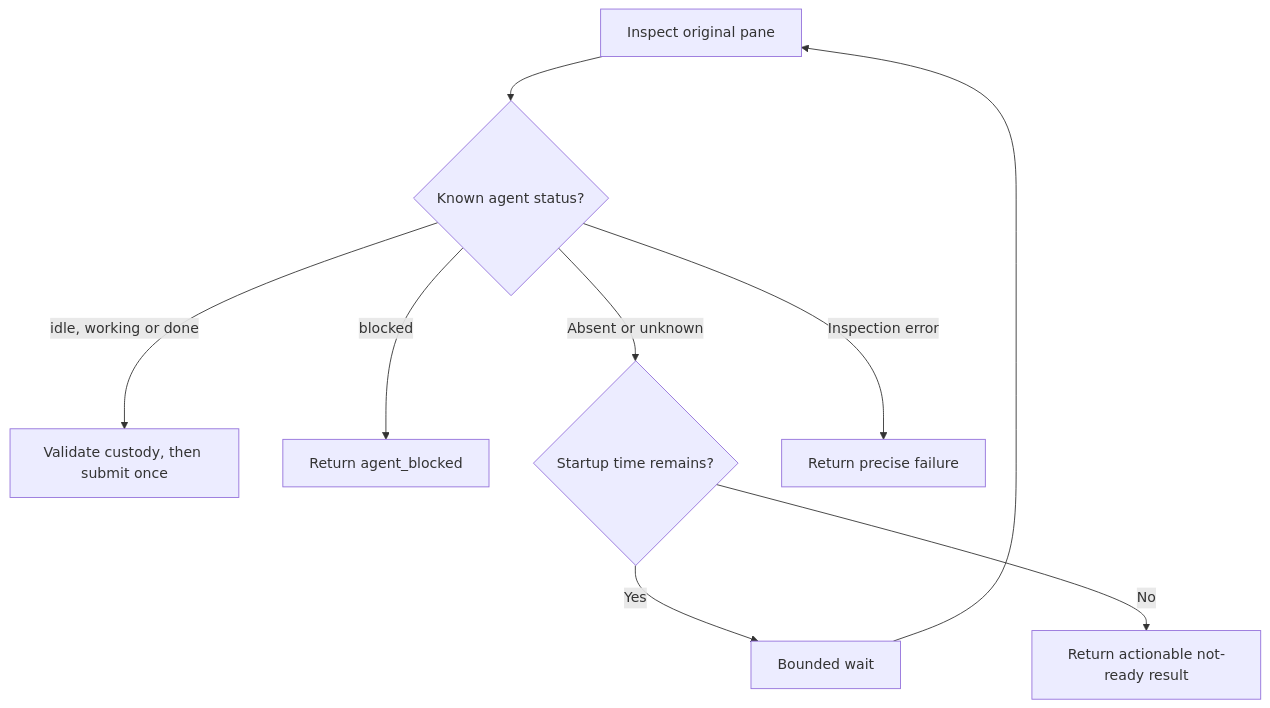
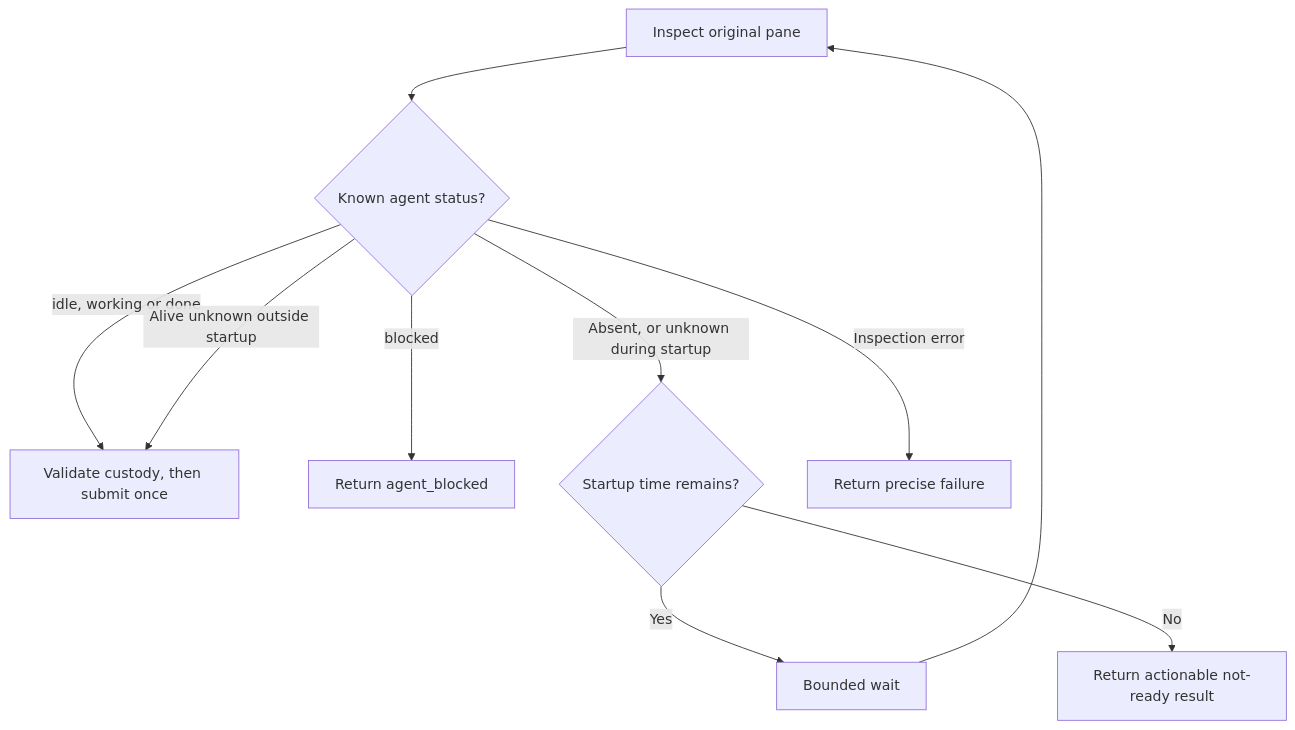
Before and after one commit to promptdriven/pdd: the diagram in prompts/cli/workflow-chat.prompt.md, drawn with Mermaid. The commit also changed other lines of this file and 3 other files, not shown here.

````diff
--- a/prompts/cli/workflow-chat.prompt.md
+++ b/prompts/cli/workflow-chat.prompt.md
@@ -27,11 +27,12 @@
 ```mermaid
 flowchart TD
     I[Inspect original pane] --> R{Known agent status?}
     R -->|idle, working or done| S[Validate custody, then submit once]
+    R -->|Alive unknown outside startup| S
     R -->|blocked| B[Return agent_blocked]
-    R -->|Absent or unknown| W{Startup time remains?}
+    R -->|Absent, or unknown during startup| W{Startup time remains?}
     R -->|Inspection error| F[Return precise failure]
     W -->|Yes| D[Bounded wait]
     D --> I
     W -->|No| N[Return actionable not-ready result]
 ```
````
